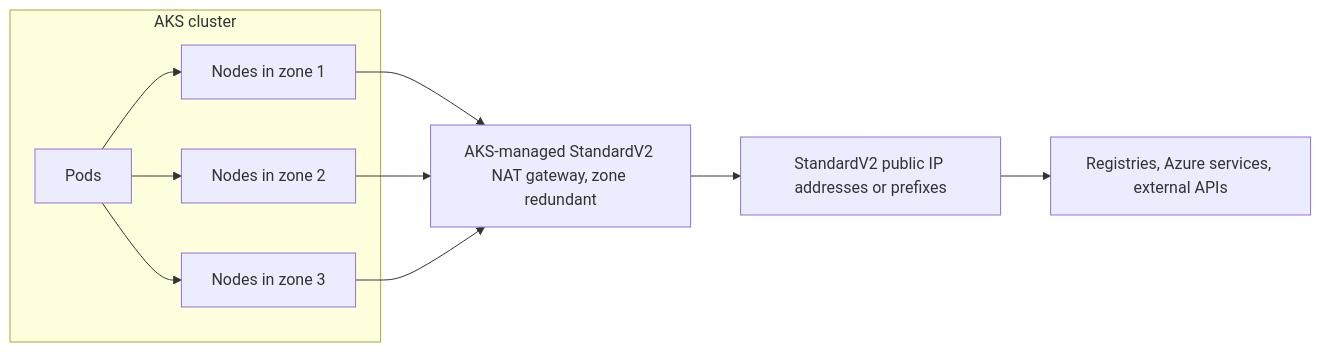
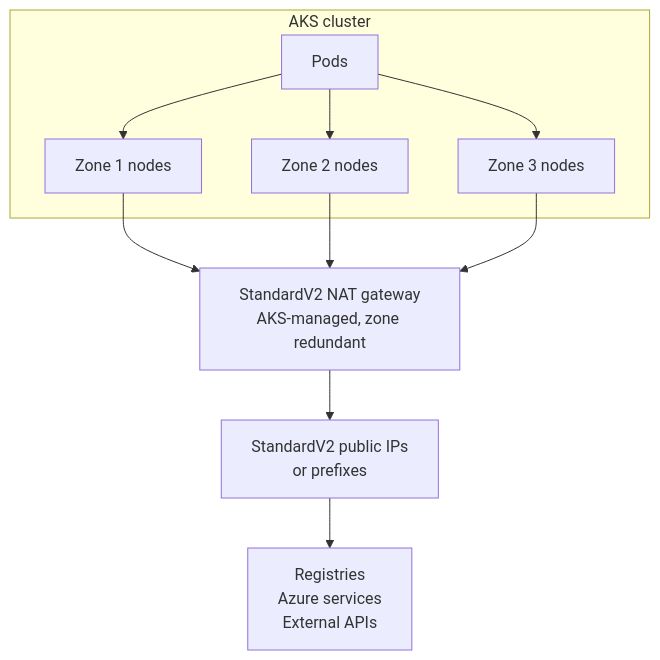
One commit to Azure/AKS changed the diagram in website/blog/2026-09-29-standardv2-nat-gateway-aks-managed-egress/index.md. Above: the diagram before and after it, drawn with Mermaid. The commit also changed other lines of this file, not shown here.

````diff
--- a/website/blog/2026-09-29-standardv2-nat-gateway-aks-managed-egress/index.md
+++ b/website/blog/2026-09-29-standardv2-nat-gateway-aks-managed-egress/index.md
@@ -41,27 +41,27 @@
 ```mermaid
-flowchart LR
+flowchart TD
     accTitle: AKS egress through a zone-redundant StandardV2 NAT gateway
     accDescr {
       Pods run on nodes spread across availability zones 1, 2, and 3.
       Nodes in every zone send outbound traffic to a single AKS-managed
       StandardV2 NAT gateway, which is zone redundant. The gateway translates
       that traffic to its attached StandardV2 public IP addresses or prefixes,
       which then reach external endpoints such as container registries,
       Azure services, and external APIs.
     }
     subgraph AKS["AKS cluster"]
         Pods["Pods"]
-        Z1["Nodes in zone 1"]
-        Z2["Nodes in zone 2"]
-        Z3["Nodes in zone 3"]
+        Z1["Zone 1 nodes"]
+        Z2["Zone 2 nodes"]
+        Z3["Zone 3 nodes"]
         Pods --> Z1
         Pods --> Z2
         Pods --> Z3
     end
     Z1 --> NATGW
     Z2 --> NATGW
     Z3 --> NATGW
-    NATGW["AKS-managed StandardV2 NAT gateway, zone redundant"]
-    NATGW --> IPs["StandardV2 public IP addresses or prefixes"]
-    IPs --> NET["Registries, Azure services, external APIs"]
+    NATGW["StandardV2 NAT gateway<br/>AKS-managed, zone redundant"]
+    NATGW --> IPs["StandardV2 public IPs<br/>or prefixes"]
+    IPs --> NET["Registries<br/>Azure services<br/>External APIs"]
 ```
````
